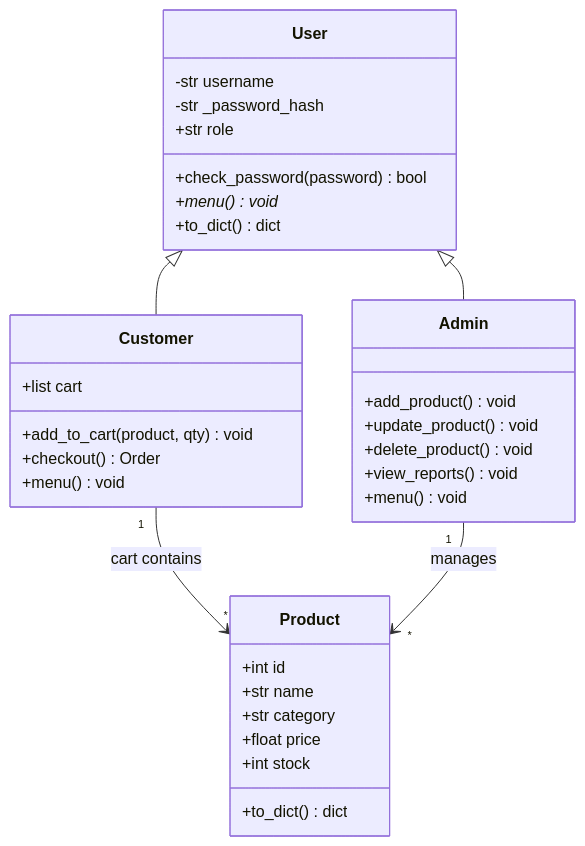
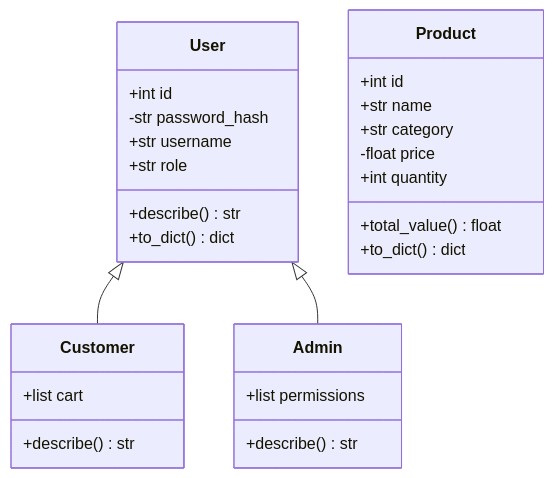
One commit to Tannu980/GreenCart changed the second of 8 diagrams in README.md. Above: the diagram before and after it, drawn with Mermaid. The commit also changed other lines of this file, not shown here.

````diff
--- a/README.md
+++ b/README.md
@@ -126,37 +124,31 @@
 ```mermaid
 classDiagram
     class User {
-        -str username
-        -str _password_hash
+        +int id
+        -str password_hash
+        +str username
         +str role
-        +check_password(password) bool
-        +menu()* void
+        +describe() str
         +to_dict() dict
     }
     class Customer {
         +list cart
-        +add_to_cart(product, qty) void
-        +checkout() Order
-        +menu() void
+        +describe() str
     }
     class Admin {
-        +add_product() void
-        +update_product() void
-        +delete_product() void
-        +view_reports() void
-        +menu() void
+        +list permissions
+        +describe() str
     }
     class Product {
         +int id
         +str name
         +str category
-        +float price
-        +int stock
+        -float price
+        +int quantity
+        +total_value() float
         +to_dict() dict
     }
 
     User <|-- Customer
     User <|-- Admin
-    Customer "1" --> "*" Product : cart contains
-    Admin "1" --> "*" Product : manages
 ```
````
